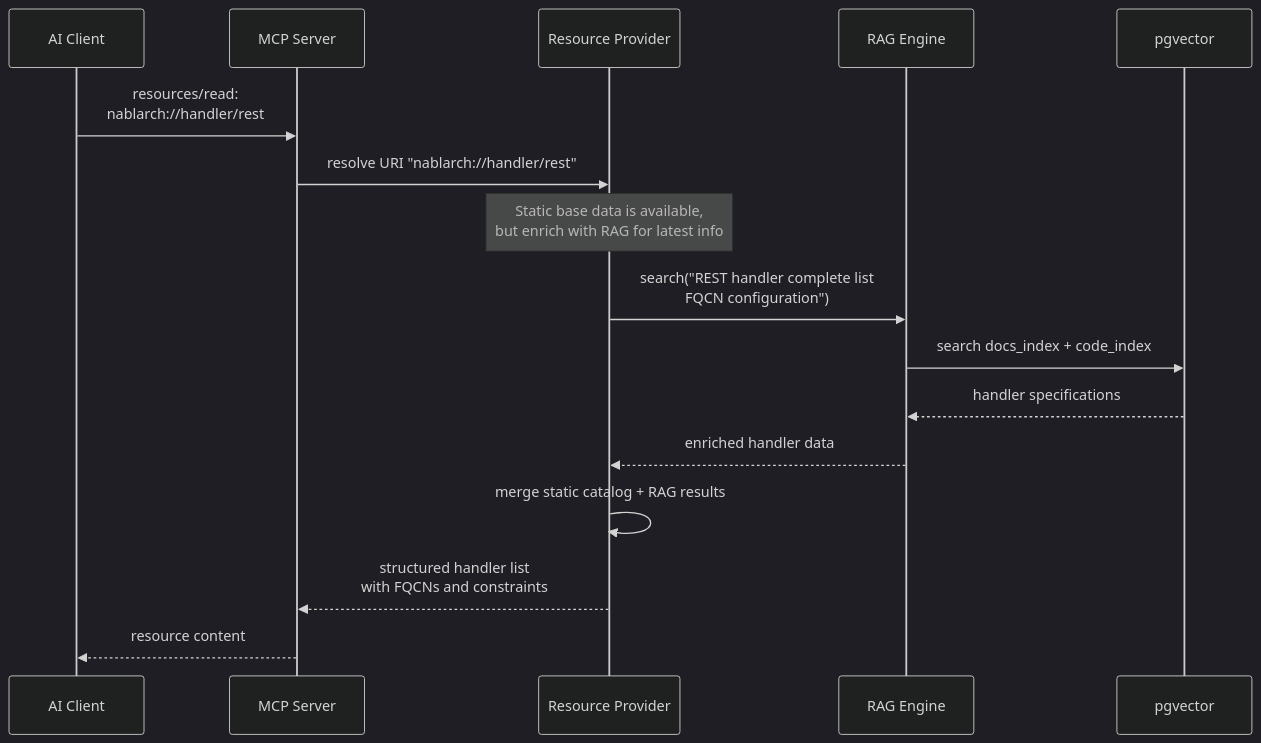
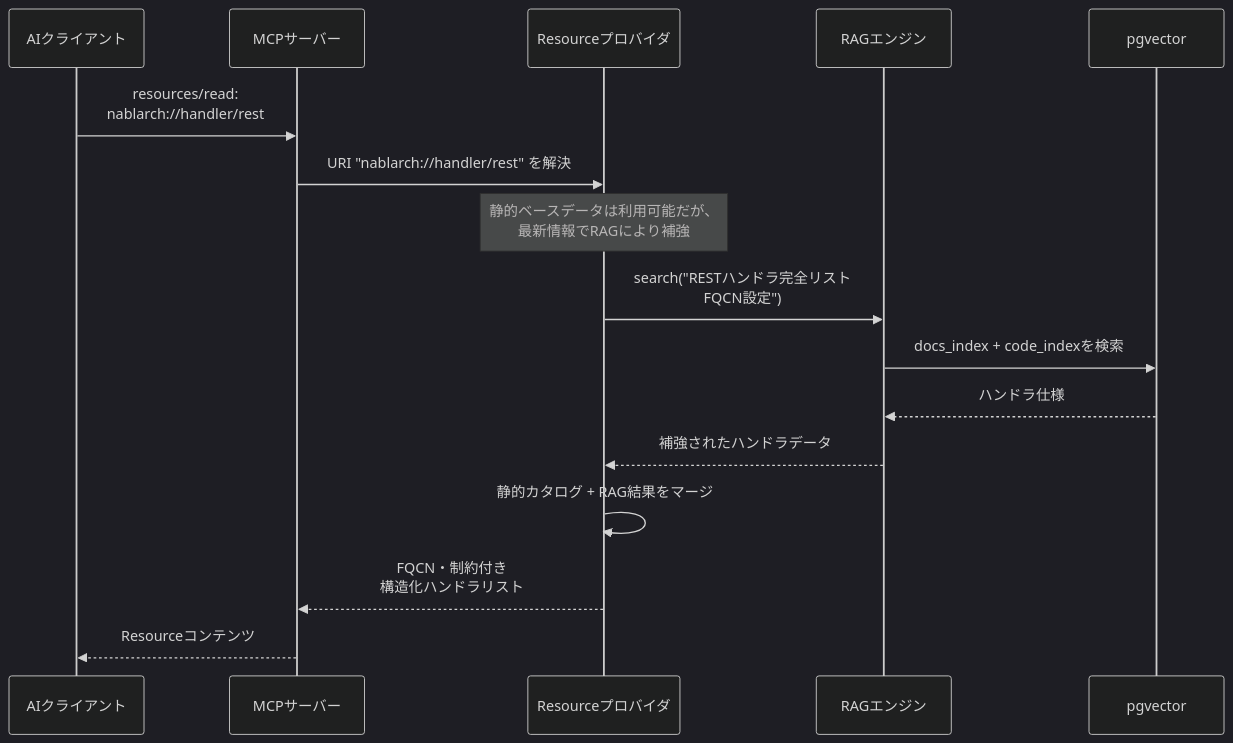
One commit to kumagoro1202/nablarch-mcp-server changed the second of 2 diagrams in docs/architecture.md. Above: the diagram before and after it, drawn with Mermaid (dark theme). The commit also changed other lines of this file and 3 other files, not shown here.

````diff
--- a/docs/architecture.md
+++ b/docs/architecture.md
@@ -786,24 +789,24 @@
 ```mermaid
 sequenceDiagram
-    participant Client as AI Client
-    participant MCP as MCP Server
-    participant Res as Resource Provider
-    participant RAG as RAG Engine
+    participant Client as AIクライアント
+    participant MCP as MCPサーバー
+    participant Res as Resourceプロバイダ
+    participant RAG as RAGエンジン
     participant VDB as pgvector
 
     Client->>MCP: resources/read:<br/>nablarch://handler/rest
 
-    MCP->>Res: resolve URI "nablarch://handler/rest"
+    MCP->>Res: URI "nablarch://handler/rest" を解決
 
-    Note over Res: Static base data is available,<br/>but enrich with RAG for latest info
+    Note over Res: 静的ベースデータは利用可能だが、<br/>最新情報でRAGにより補強
 
-    Res->>RAG: search("REST handler complete list<br/>FQCN configuration")
-    RAG->>VDB: search docs_index + code_index
-    VDB-->>RAG: handler specifications
-    RAG-->>Res: enriched handler data
+    Res->>RAG: search("RESTハンドラ完全リスト<br/>FQCN設定")
+    RAG->>VDB: docs_index + code_indexを検索
+    VDB-->>RAG: ハンドラ仕様
+    RAG-->>Res: 補強されたハンドラデータ
 
-    Res->>Res: merge static catalog + RAG results
-    Res-->>MCP: structured handler list<br/>with FQCNs and constraints
+    Res->>Res: 静的カタログ + RAG結果をマージ
+    Res-->>MCP: FQCN・制約付き<br/>構造化ハンドラリスト
 
-    MCP-->>Client: resource content
+    MCP-->>Client: Resourceコンテンツ
 ```
````
